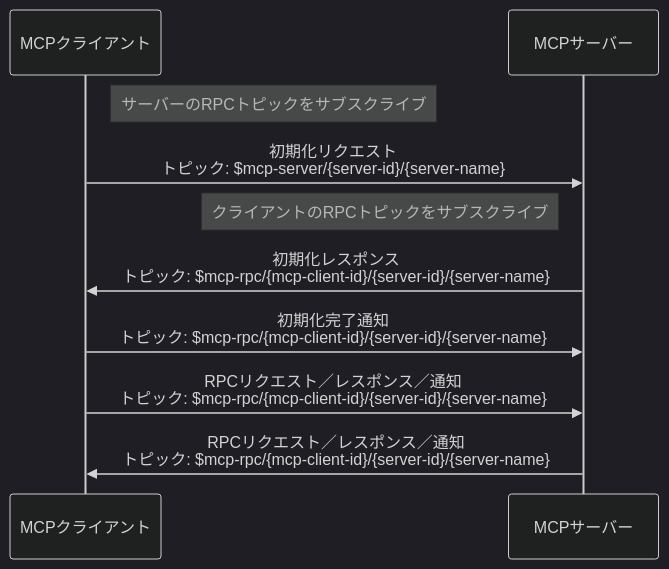
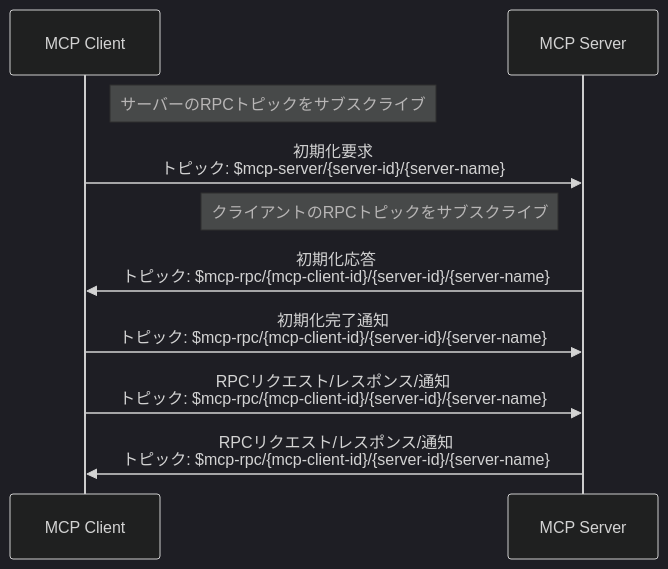
The second of 4 diagrams in ja_JP/emqx-ai/mcp-over-mqtt/specification.md (emqx/emqx-docs), drawn with Mermaid (dark theme) before and after one commit. The commit also changed other lines of this file and 340 other files, not shown here.

````diff
--- a/ja_JP/emqx-ai/mcp-over-mqtt/specification.md
+++ b/ja_JP/emqx-ai/mcp-over-mqtt/specification.md
@@ -240,13 +239,13 @@
 ```mermaid
 sequenceDiagram
-  participant MCP_Client as MCPクライアント
-  participant MCP_Server as MCPサーバー
+  participant MCP_Client as MCP Client
+  participant MCP_Server as MCP Server
 
   Note right of MCP_Client: サーバーのRPCトピックをサブスクライブ
-  MCP_Client ->> MCP_Server: 初期化リクエスト<br/>トピック: $mcp-server/{server-id}/{server-name}
+  MCP_Client ->> MCP_Server: 初期化要求<br/>トピック: $mcp-server/{server-id}/{server-name}
   Note left of MCP_Server: クライアントのRPCトピックをサブスクライブ
-  MCP_Server ->> MCP_Client: 初期化レスポンス<br/>トピック: $mcp-rpc/{mcp-client-id}/{server-id}/{server-name}
+  MCP_Server ->> MCP_Client: 初期化応答<br/>トピック: $mcp-rpc/{mcp-client-id}/{server-id}/{server-name}
   MCP_Client ->> MCP_Server: 初期化完了通知<br/>トピック: $mcp-rpc/{mcp-client-id}/{server-id}/{server-name}
-  MCP_Client ->> MCP_Server: RPCリクエスト／レスポンス／通知<br/>トピック: $mcp-rpc/{mcp-client-id}/{server-id}/{server-name}
-  MCP_Server ->> MCP_Client: RPCリクエスト／レスポンス／通知<br/>トピック: $mcp-rpc/{mcp-client-id}/{server-id}/{server-name}
+  MCP_Client ->> MCP_Server: RPCリクエスト/レスポンス/通知<br/>トピック: $mcp-rpc/{mcp-client-id}/{server-id}/{server-name}
+  MCP_Server ->> MCP_Client: RPCリクエスト/レスポンス/通知<br/>トピック: $mcp-rpc/{mcp-client-id}/{server-id}/{server-name}
 ```
````
